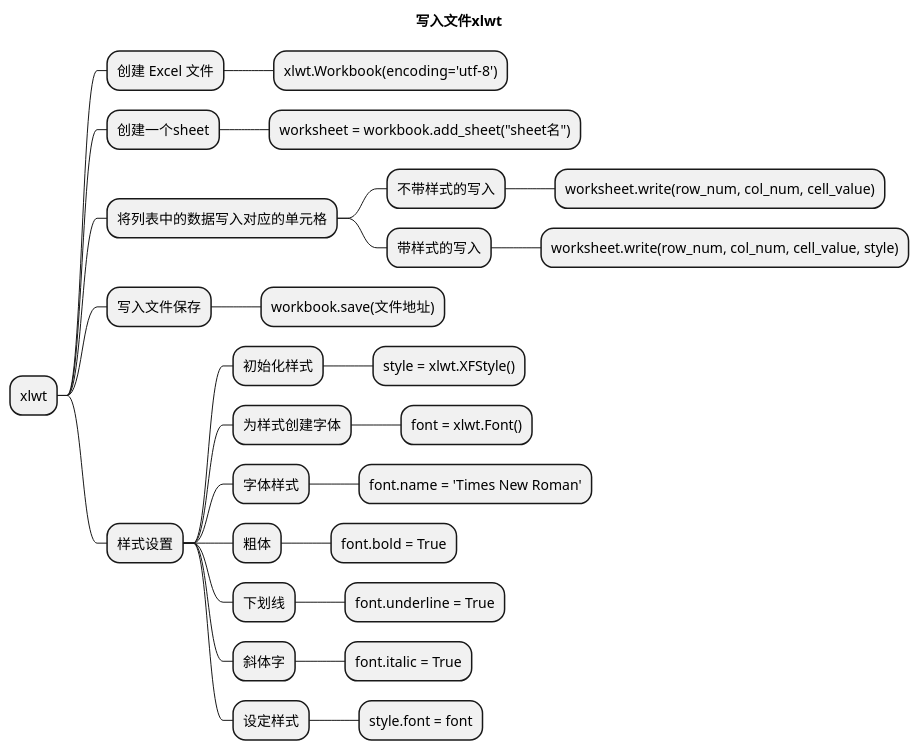
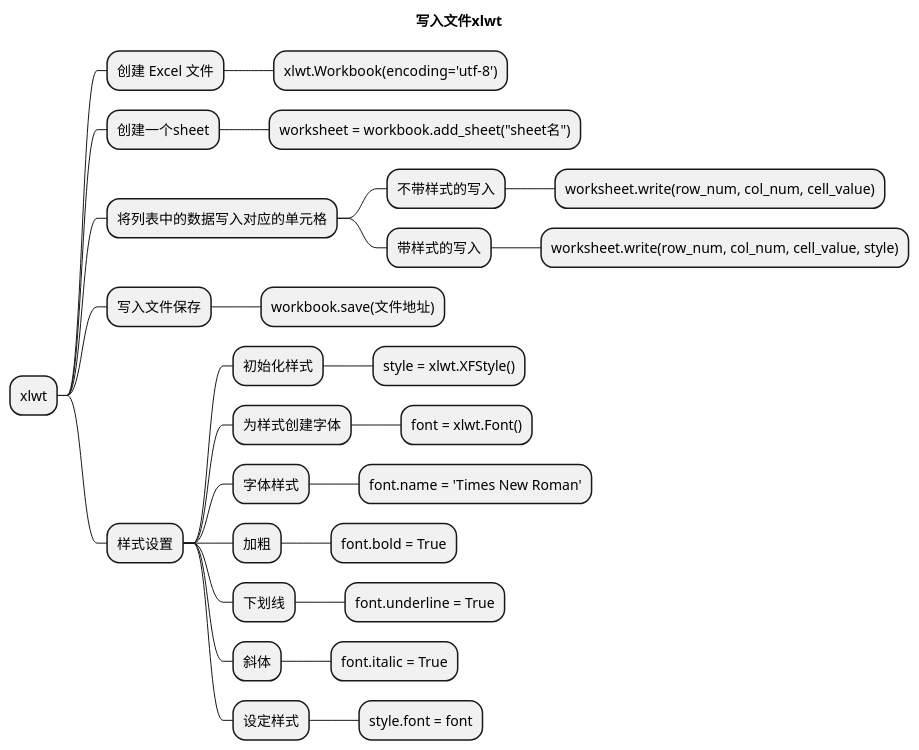
Before and after one commit to TesterDevSoul/encoding: the third of 3 diagrams in zh-cn/编程语言/Python/自动化办公/Excel操作/1002A_XLS文件合并操作.md, drawn with PlantUML. The commit also changed other lines of this file and 17 other files, not shown here.

````diff
--- a/zh-cn/编程语言/Python/自动化办公/Excel操作/1002A_XLS文件合并操作.md
+++ b/zh-cn/编程语言/Python/自动化办公/Excel操作/1002A_XLS文件合并操作.md
@@ -504,32 +621,32 @@
 ```plantuml
 @startmindmap
 title 写入文件xlwt
 * xlwt
 ** 创建 Excel 文件
 ***  xlwt.Workbook(encoding='utf-8')
 ** 创建一个sheet
 ***  worksheet = workbook.add_sheet("sheet名")
 ** 将列表中的数据写入对应的单元格
 *** 不带样式的写入
 **** worksheet.write(row_num, col_num, cell_value)
 *** 带样式的写入
 **** worksheet.write(row_num, col_num, cell_value, style)
 ** 写入文件保存
 *** workbook.save(文件地址)
 ** 样式设置
 *** 初始化样式
 **** style = xlwt.XFStyle()
 *** 为样式创建字体
 **** font = xlwt.Font()
 *** 字体样式
 **** font.name = 'Times New Roman'
-*** 粗体
+*** 加粗
 **** font.bold = True
 *** 下划线
 **** font.underline = True
-*** 斜体字
+*** 斜体
 **** font.italic = True
 *** 设定样式
 **** style.font = font
 @endmindmap
 ```
````
